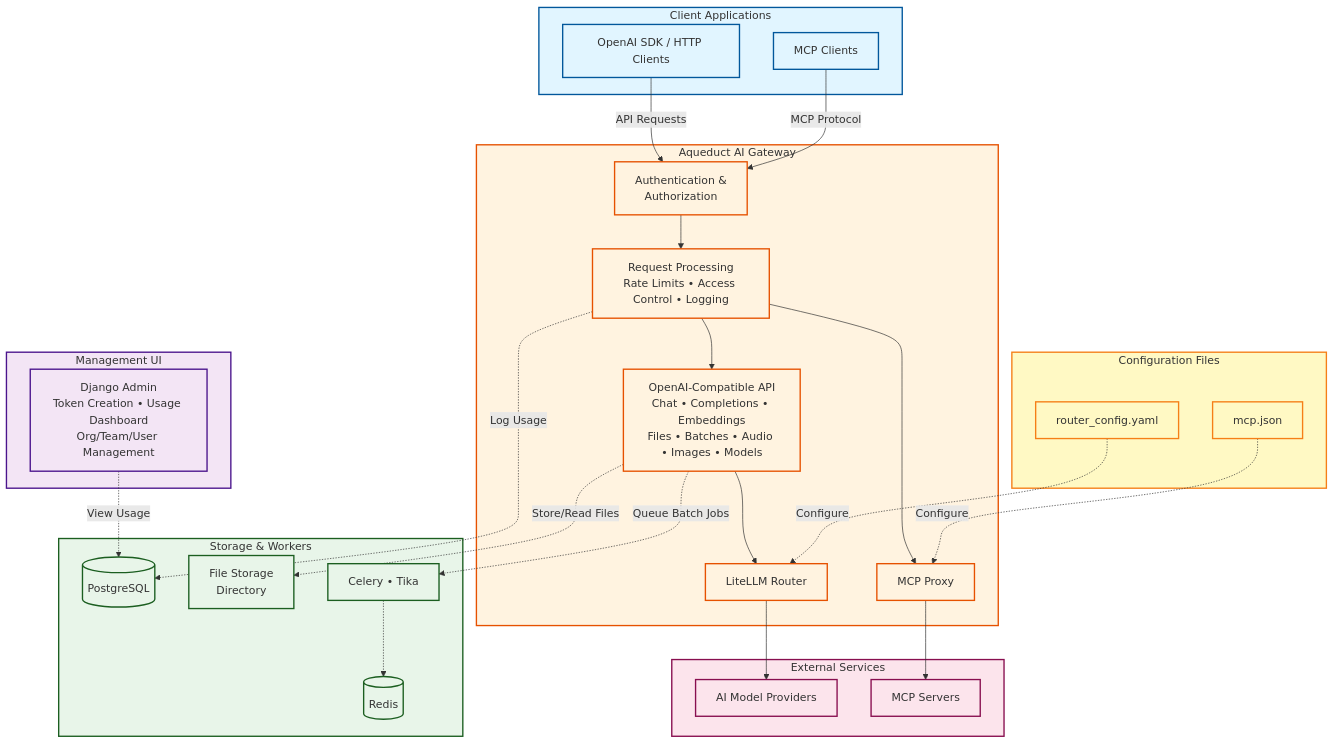
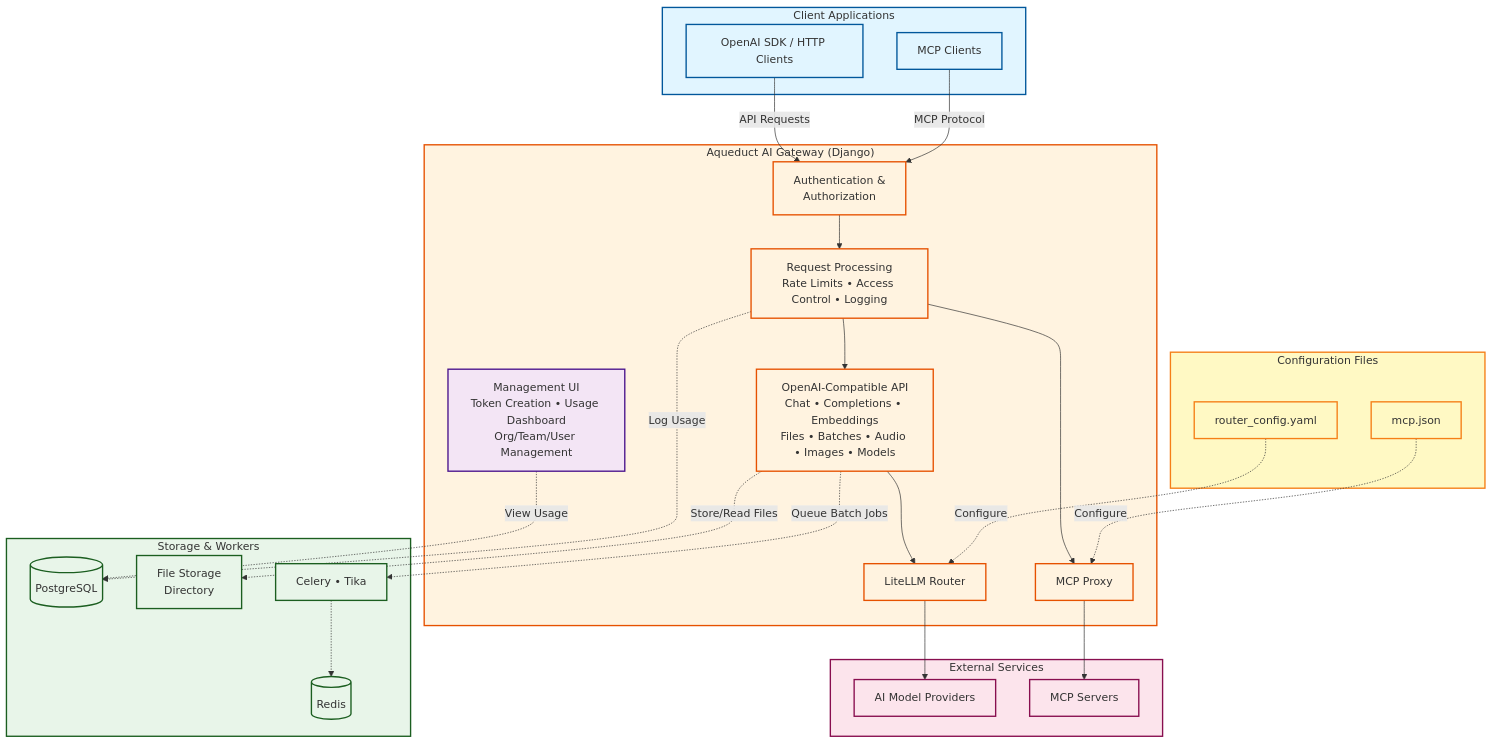
The diagram in README.md (TU-Wien-dataLAB/aqueduct), drawn with Mermaid before and after one commit.

Commit message:
Update architecture diagram

````diff
--- a/README.md
+++ b/README.md
@@ -88,74 +88,71 @@
 ```mermaid
 flowchart TB
     subgraph Client["Client Applications"]
         OAIClients[OpenAI SDK / HTTP Clients]
         MCPClients[MCP Clients]
     end
 
-    subgraph Gateway["Aqueduct AI Gateway"]
+    subgraph Gateway["Aqueduct AI Gateway (Django)"]
         Auth[Authentication &<br/>Authorization]
         Middleware[Request Processing<br/>Rate Limits • Access Control • Logging]
         
         API[OpenAI-Compatible API<br/>Chat • Completions • Embeddings<br/>Files • Batches • Audio • Images • Models]
         MCPProxy[MCP Proxy]
         
         LiteLLM[LiteLLM Router]
-    end
-    
-    subgraph Management["Management UI"]
-        Admin[Django Admin<br/>Token Creation • Usage Dashboard<br/>Org/Team/User Management]
+        
+        Admin[Management UI<br/>Token Creation • Usage Dashboard<br/>Org/Team/User Management]:::mgmtStyle
     end
     
     subgraph Config["Configuration Files"]
         RouterConfig[router_config.yaml]
         MCPConfig[mcp.json]
     end
     
     subgraph Storage["Storage & Workers"]
         DB[(PostgreSQL)]
         FileStorage[File Storage<br/>Directory]
         Cache[(Redis)]
         Workers[Celery • Tika]
     end
     
     subgraph External["External Services"]
         Models[AI Model Providers]
         MCP[MCP Servers]
     end
 
     OAIClients -->|API Requests| Auth
     MCPClients -->|MCP Protocol| Auth
     
     Auth --> Middleware
     Middleware --> API
     Middleware --> MCPProxy
     
     API --> LiteLLM
     LiteLLM --> Models
     
     MCPProxy --> MCP
     
     RouterConfig -.->|Configure| LiteLLM
     MCPConfig -.->|Configure| MCPProxy
     
     Admin -.->|View Usage| DB
     Middleware -.->|Log Usage| DB
     
     API -.->|Store/Read Files| FileStorage
     API -.->|Queue Batch Jobs| Workers
     Workers -.-> Cache
     
     classDef clientStyle fill:#e1f5ff,stroke:#01579b,stroke-width:2px
     classDef gatewayStyle fill:#fff3e0,stroke:#e65100,stroke-width:2px
     classDef mgmtStyle fill:#f3e5f5,stroke:#4a148c,stroke-width:2px
     classDef configStyle fill:#fff9c4,stroke:#f57f17,stroke-width:2px
     classDef storageStyle fill:#e8f5e9,stroke:#1b5e20,stroke-width:2px
     classDef externalStyle fill:#fce4ec,stroke:#880e4f,stroke-width:2px
     
     class Client,OAIClients,MCPClients clientStyle
     class Gateway,Auth,Middleware,API,MCPProxy,LiteLLM gatewayStyle
-    class Management,Admin mgmtStyle
     class Config,RouterConfig,MCPConfig configStyle
     class Storage,DB,FileStorage,Cache,Workers storageStyle
     class External,Models,MCP externalStyle
 ```
````
